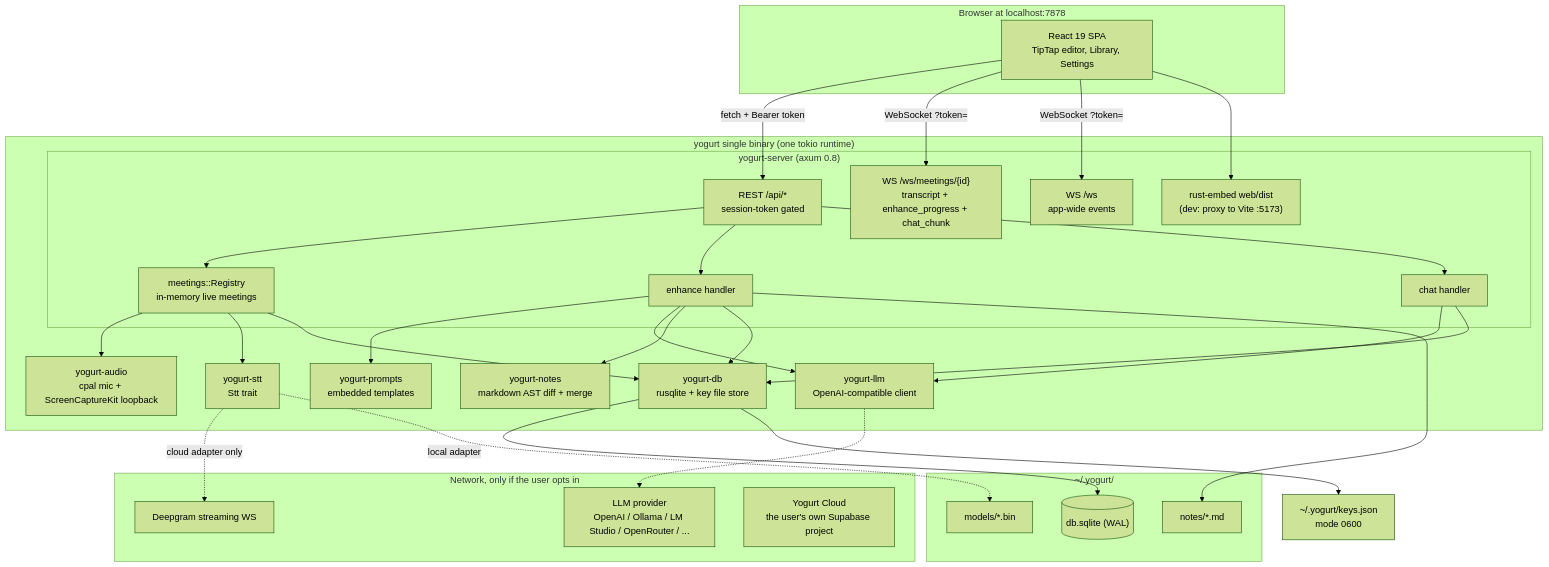
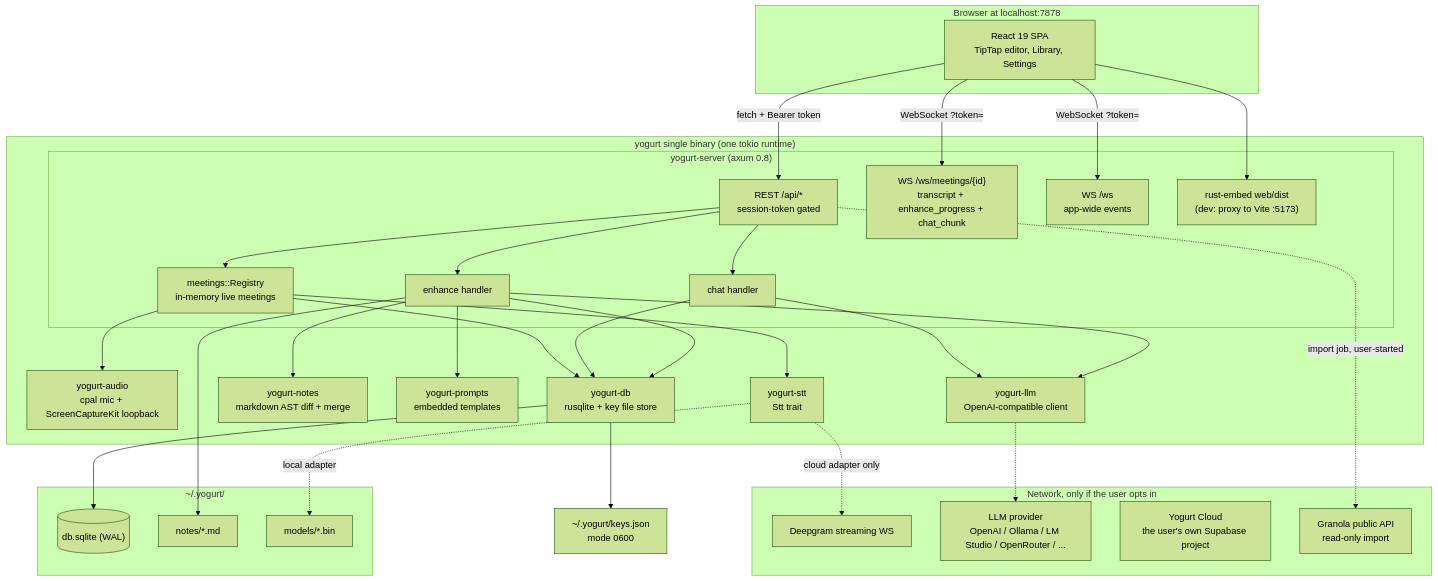
One commit to jarvisrchen/yogurt changed the first of 13 diagrams in docs/ARCHITECTURE.md. Above: the diagram before and after it, drawn with Mermaid (forest theme). The commit also changed other lines of this file and 35 other files, not shown here.

First line of the commit message:
IMP-2: Import Granola meetings through the public API (#168)

````diff
--- a/docs/ARCHITECTURE.md
+++ b/docs/ARCHITECTURE.md
@@ -64,63 +64,65 @@
 ```mermaid
 graph TB
     subgraph Browser["Browser at localhost:7878"]
         SPA["React 19 SPA<br/>TipTap editor, Library, Settings"]
     end
 
     subgraph Proc["yogurt single binary (one tokio runtime)"]
         subgraph Web["yogurt-server (axum 0.8)"]
             REST["REST /api/*<br/>session-token gated"]
             WSM["WS /ws/meetings/{id}<br/>transcript + enhance_progress + chat_chunk"]
             WSA["WS /ws<br/>app-wide events"]
             ASSETS["rust-embed web/dist<br/>(dev: proxy to Vite :5173)"]
             REG["meetings::Registry<br/>in-memory live meetings"]
             ENH["enhance handler"]
             CHAT["chat handler"]
         end
 
         AUD["yogurt-audio<br/>cpal mic + ScreenCaptureKit loopback"]
         STT["yogurt-stt<br/>Stt trait"]
         NOTES["yogurt-notes<br/>markdown AST diff + merge"]
         PROMPTS["yogurt-prompts<br/>embedded templates"]
         LLM["yogurt-llm<br/>OpenAI-compatible client"]
         DB["yogurt-db<br/>rusqlite + key file store"]
     end
 
     subgraph Disk["~/.yogurt/"]
         SQLITE[("db.sqlite (WAL)")]
         NOTESDIR["notes/*.md"]
         MODELS["models/*.bin"]
     end
 
     subgraph Cloud["Network, only if the user opts in"]
         DG["Deepgram streaming WS"]
         PROV["LLM provider<br/>OpenAI / Ollama / LM Studio / OpenRouter / ..."]
         YC["Yogurt Cloud<br/>the user's own Supabase project"]
+        GR["Granola public API<br/>read-only import"]
     end
 
     KC["~/.yogurt/keys.json<br/>mode 0600"]
 
     SPA -->|"fetch + Bearer token"| REST
     SPA -->|"WebSocket ?token="| WSM
     SPA -->|"WebSocket ?token="| WSA
     SPA --> ASSETS
 
     REST --> REG
     REST --> ENH
     REST --> CHAT
     REG --> AUD
     REG --> STT
     STT -.->|"cloud adapter only"| DG
     ENH --> PROMPTS
     ENH --> LLM
     ENH --> NOTES
     CHAT --> LLM
     LLM -.-> PROV
+    REST -.->|"import job, user-started"| GR
     ENH --> DB
     CHAT --> DB
     REG --> DB
     DB --> SQLITE
     ENH --> NOTESDIR
     STT -.->|"local adapter"| MODELS
     DB --> KC
 ```
````
